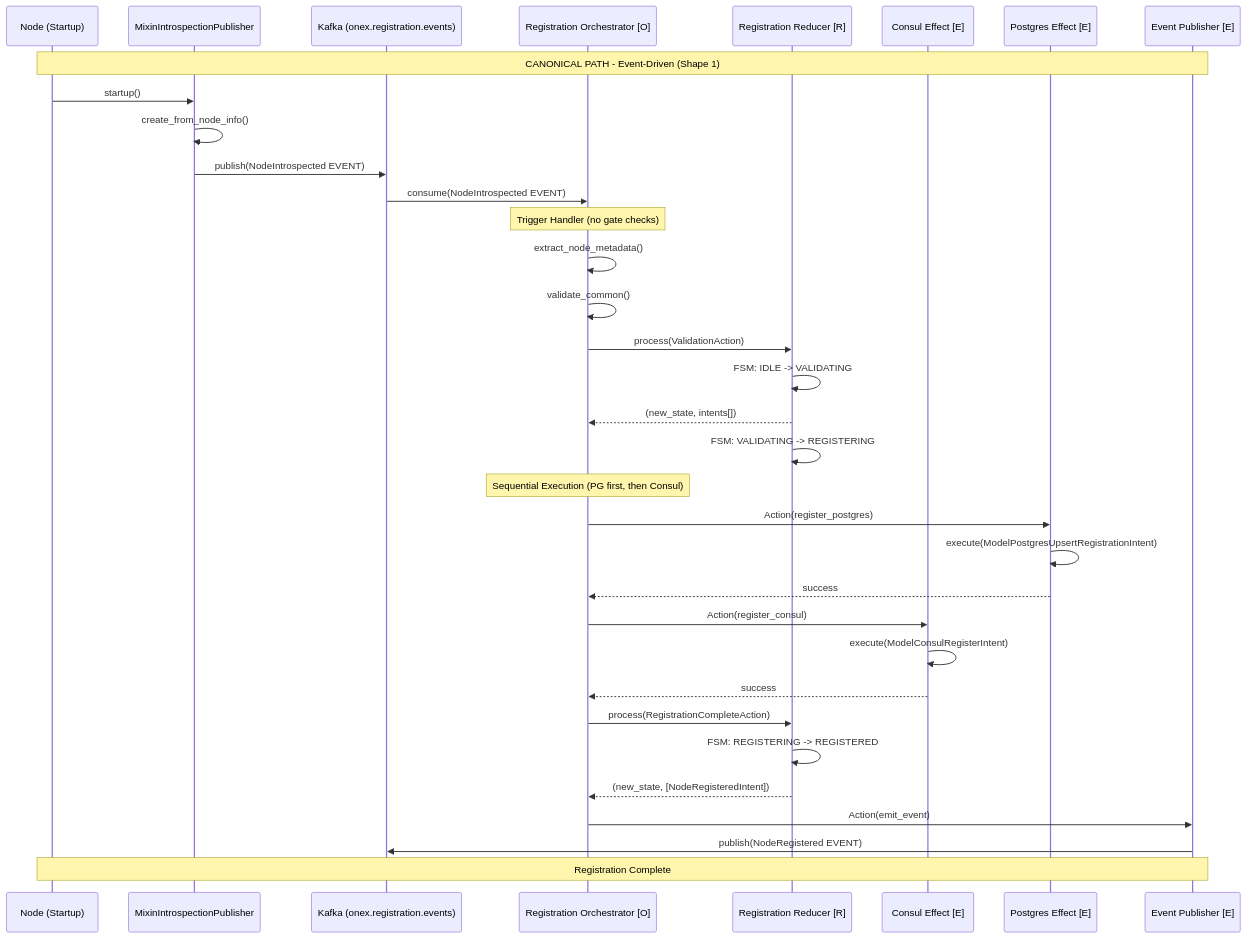
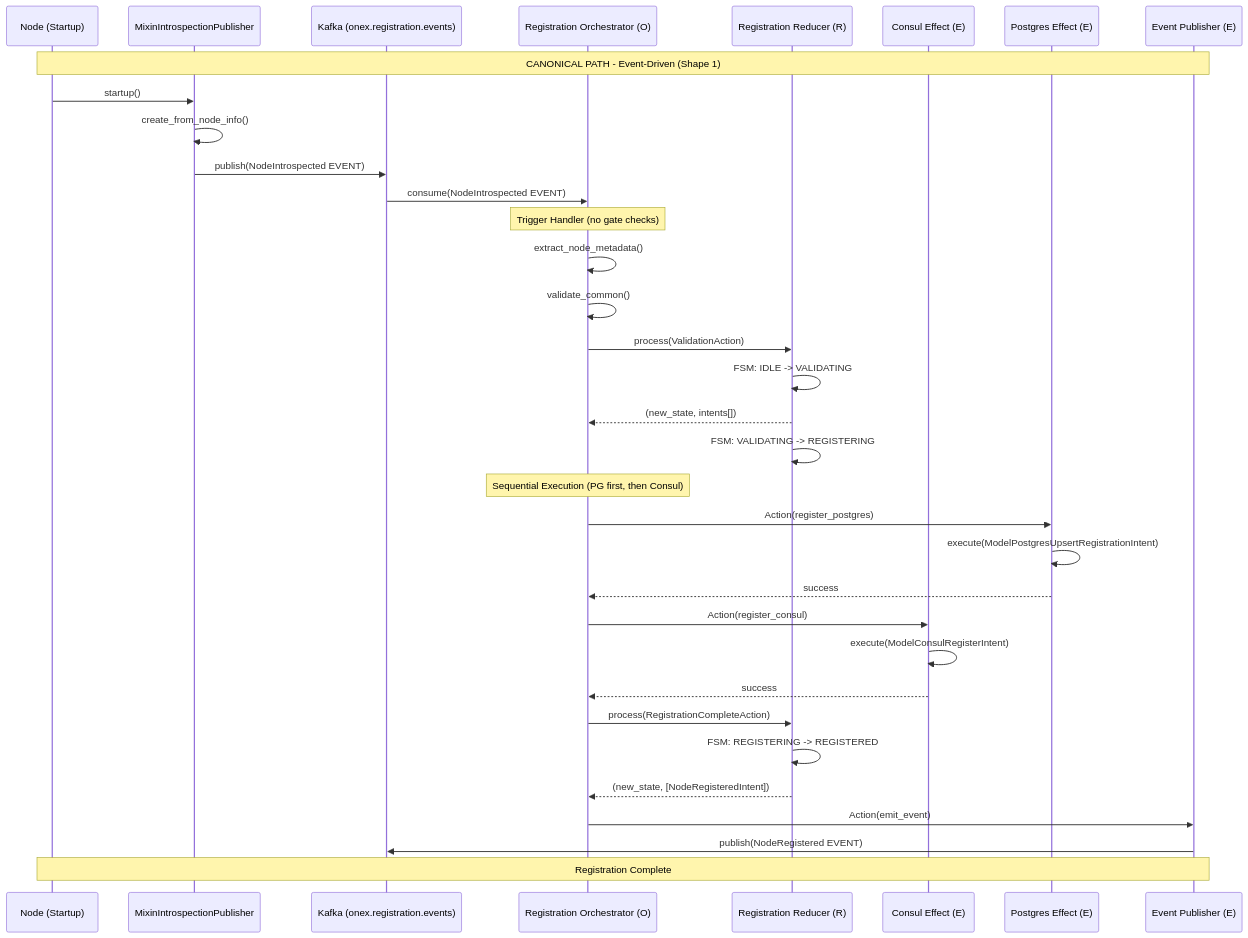
Before and after one commit to OmniNode-ai/omnibase_core: the first of 3 diagrams in docs/architecture/REGISTRATION_TRIGGER_DESIGN.md, drawn with Mermaid. The commit also changed other lines of this file and 2 other files, not shown here.

First line of the commit message:
fix(docs): improve mermaid diagram compatibility for cross-platform rendering

````diff
--- a/docs/architecture/REGISTRATION_TRIGGER_DESIGN.md
+++ b/docs/architecture/REGISTRATION_TRIGGER_DESIGN.md
@@ -660,48 +660,48 @@
 ```mermaid
 sequenceDiagram
     participant Node as Node (Startup)
     participant Mixin as MixinIntrospectionPublisher
     participant Kafka as Kafka (onex.registration.events)
-    participant Orch as Registration Orchestrator [O]
-    participant Reducer as Registration Reducer [R]
-    participant ConsulEff as Consul Effect [E]
-    participant PgEff as Postgres Effect [E]
-    participant EventEff as Event Publisher [E]
+    participant Orch as Registration Orchestrator (O)
+    participant Reducer as Registration Reducer (R)
+    participant ConsulEff as Consul Effect (E)
+    participant PgEff as Postgres Effect (E)
+    participant EventEff as Event Publisher (E)
 
     Note over Node,EventEff: CANONICAL PATH - Event-Driven (Shape 1)
 
     Node->>Mixin: startup()
     Mixin->>Mixin: create_from_node_info()
     Mixin->>Kafka: publish(NodeIntrospected EVENT)
 
     Kafka->>Orch: consume(NodeIntrospected EVENT)
 
     Note over Orch: Trigger Handler (no gate checks)
     Orch->>Orch: extract_node_metadata()
     Orch->>Orch: validate_common()
 
     Orch->>Reducer: process(ValidationAction)
     Reducer->>Reducer: FSM: IDLE -> VALIDATING
     Reducer-->>Orch: (new_state, intents[])
 
     Reducer->>Reducer: FSM: VALIDATING -> REGISTERING
 
     Note over Orch: Sequential Execution (PG first, then Consul)
 
     Orch->>PgEff: Action(register_postgres)
     PgEff->>PgEff: execute(ModelPostgresUpsertRegistrationIntent)
     PgEff-->>Orch: success
 
     Orch->>ConsulEff: Action(register_consul)
     ConsulEff->>ConsulEff: execute(ModelConsulRegisterIntent)
     ConsulEff-->>Orch: success
 
     Orch->>Reducer: process(RegistrationCompleteAction)
     Reducer->>Reducer: FSM: REGISTERING -> REGISTERED
     Reducer-->>Orch: (new_state, [NodeRegisteredIntent])
 
     Orch->>EventEff: Action(emit_event)
     EventEff->>Kafka: publish(NodeRegistered EVENT)
 
     Note over Node,EventEff: Registration Complete
 ```
````
